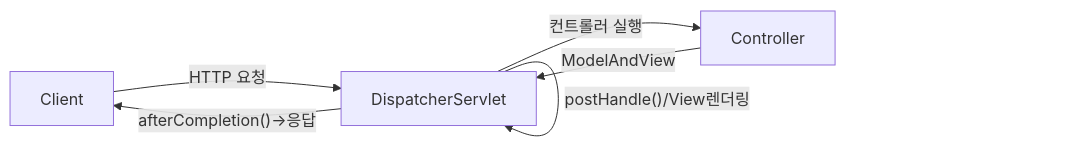
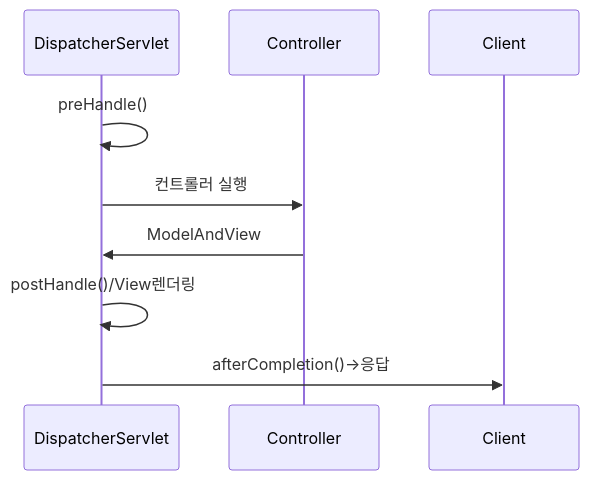
The third of 6 diagrams in _posts/spring/2026-05-01-spring-mvc.md (yjkim2015/yjkim2015.github.io), drawn with Mermaid before and after one commit. The commit also changed 89 other files, not shown here.

First line of the commit message:
복잡한 flowchart 163개 → sequenceDiagram 변환 (90파일)

````diff
--- a/_posts/spring/2026-05-01-spring-mvc.md
+++ b/_posts/spring/2026-05-01-spring-mvc.md
@@ -57,9 +57,8 @@
 ```mermaid
-graph LR
-    C["Client"] -->|"HTTP 요청"| DS["DispatcherServlet"]
-    DS -->|"preHandle()"| DS
-    DS -->|"컨트롤러 실행"| CM["Controller"]
-    CM -->|"ModelAndView"| DS
-    DS -->|"postHandle()/View렌더링"| DS
-    DS -->|"afterCompletion()→응답"| C
+sequenceDiagram
+    DispatcherServlet->>DispatcherServlet: preHandle()
+    DispatcherServlet->>Controller: 컨트롤러 실행
+    Controller->>DispatcherServlet: ModelAndView
+    DispatcherServlet->>DispatcherServlet: postHandle()/View렌더링
+    DispatcherServlet->>Client: afterCompletion()→응답
 ```
````
